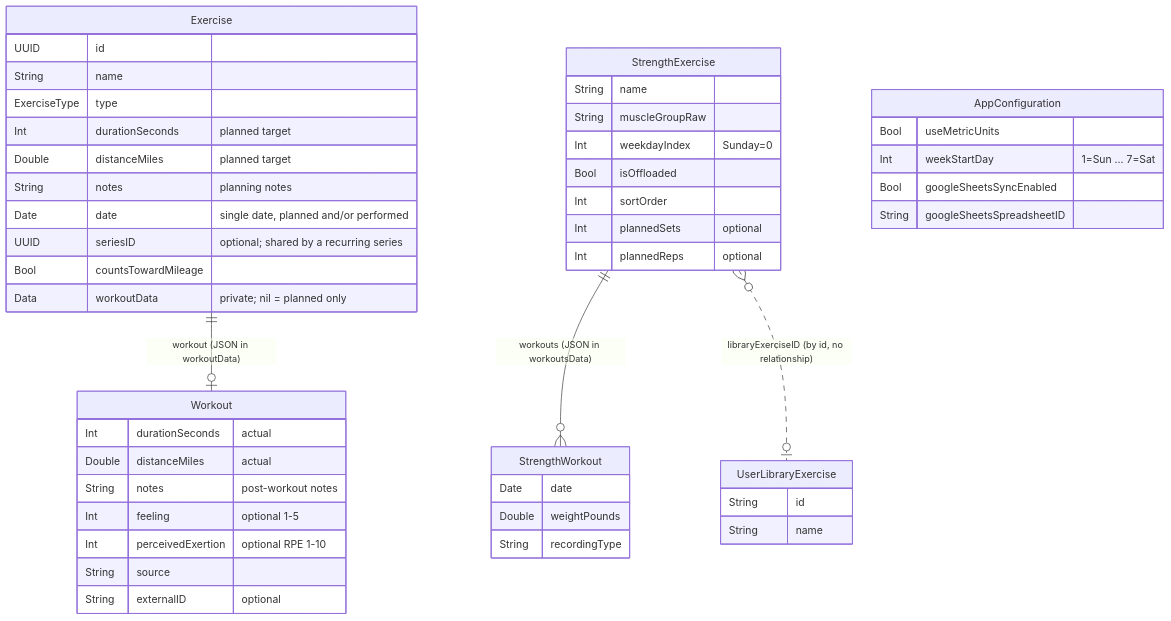
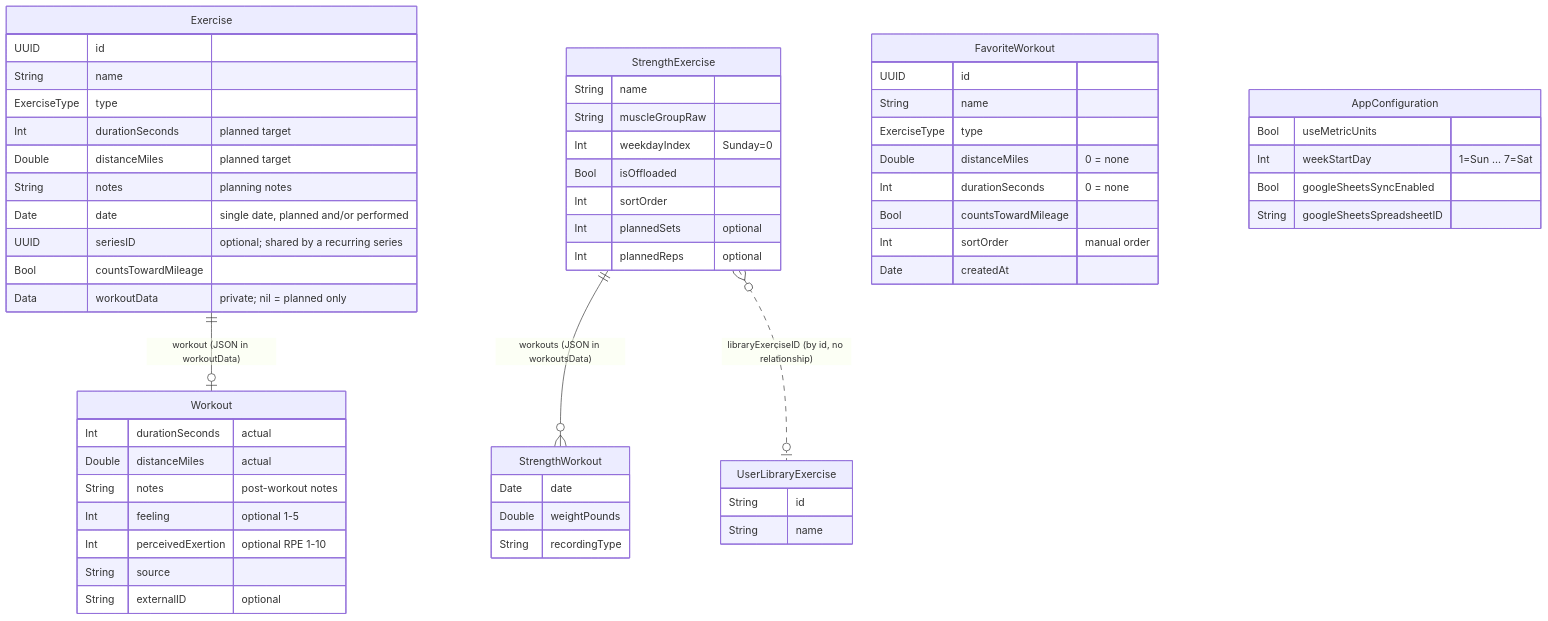
Before and after one commit to bradlet/hybrid-aithletics: the first of 2 diagrams in docs/DATA_MODEL.md, drawn with Mermaid. The commit also changed other lines of this file and 2 other files, not shown here.

First line of the commit message:
docs: document favorite workouts

````diff
--- a/docs/DATA_MODEL.md
+++ b/docs/DATA_MODEL.md
@@ -17,52 +17,62 @@
 ```mermaid
 erDiagram
     Exercise ||--o| Workout : "workout (JSON in workoutData)"
     StrengthExercise ||--o{ StrengthWorkout : "workouts (JSON in workoutsData)"
     StrengthExercise }o..o| UserLibraryExercise : "libraryExerciseID (by id, no relationship)"
 
     Exercise {
         UUID id
         String name
         ExerciseType type
         Int durationSeconds "planned target"
         Double distanceMiles "planned target"
         String notes "planning notes"
         Date date "single date, planned and/or performed"
         UUID seriesID "optional; shared by a recurring series"
         Bool countsTowardMileage
         Data workoutData "private; nil = planned only"
     }
     Workout {
         Int durationSeconds "actual"
         Double distanceMiles "actual"
         String notes "post-workout notes"
         Int feeling "optional 1-5"
         Int perceivedExertion "optional RPE 1-10"
         String source
         String externalID "optional"
     }
     StrengthExercise {
         String name
         String muscleGroupRaw
         Int weekdayIndex "Sunday=0"
         Bool isOffloaded
         Int sortOrder
         Int plannedSets "optional"
         Int plannedReps "optional"
     }
     StrengthWorkout {
         Date date
         Double weightPounds
         String recordingType
     }
     UserLibraryExercise {
         String id
         String name
     }
+    FavoriteWorkout {
+        UUID id
+        String name
+        ExerciseType type
+        Double distanceMiles "0 = none"
+        Int durationSeconds "0 = none"
+        Bool countsTowardMileage
+        Int sortOrder "manual order"
+        Date createdAt
+    }
     AppConfiguration {
         Bool useMetricUnits
         Int weekStartDay "1=Sun ... 7=Sat"
         Bool googleSheetsSyncEnabled
         String googleSheetsSpreadsheetID
     }
 ```
````
